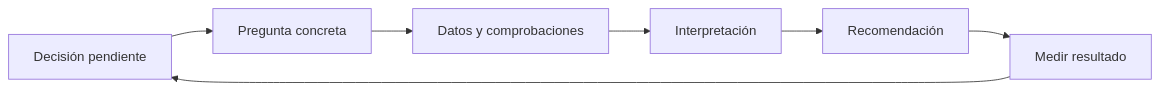
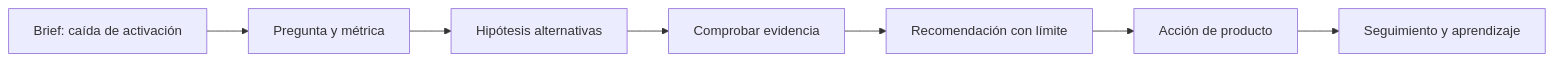
The diagram in curso/00-orientacion/lecciones/01-rol-y-ciclo-de-decision.md (Ayhur/CursoAnalista), drawn with Mermaid before and after one commit. The commit also changed other lines of this file and 9 other files, not shown here.

````diff
--- a/curso/00-orientacion/lecciones/01-rol-y-ciclo-de-decision.md
+++ b/curso/00-orientacion/lecciones/01-rol-y-ciclo-de-decision.md
@@ -17,9 +19,9 @@
 ```mermaid
 flowchart LR
-  A[Decisión pendiente] --> B[Pregunta concreta]
-  B --> C[Datos y comprobaciones]
-  C --> D[Interpretación]
-  D --> E[Recomendación]
-  E --> F[Medir resultado]
-  F --> A
+  A[Brief: caída de activación] --> B[Pregunta y métrica]
+  B --> C[Hipótesis alternativas]
+  C --> D[Comprobar evidencia]
+  D --> E[Recomendación con límite]
+  E --> F[Acción de producto]
+  F --> G[Seguimiento y aprendizaje]
 ```
````
